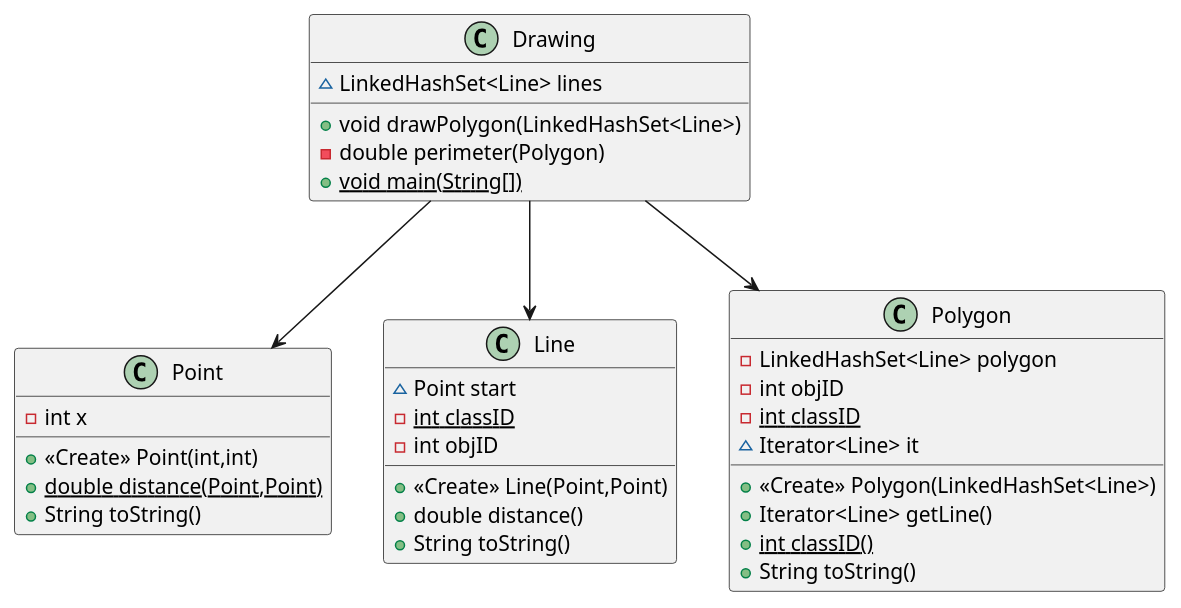
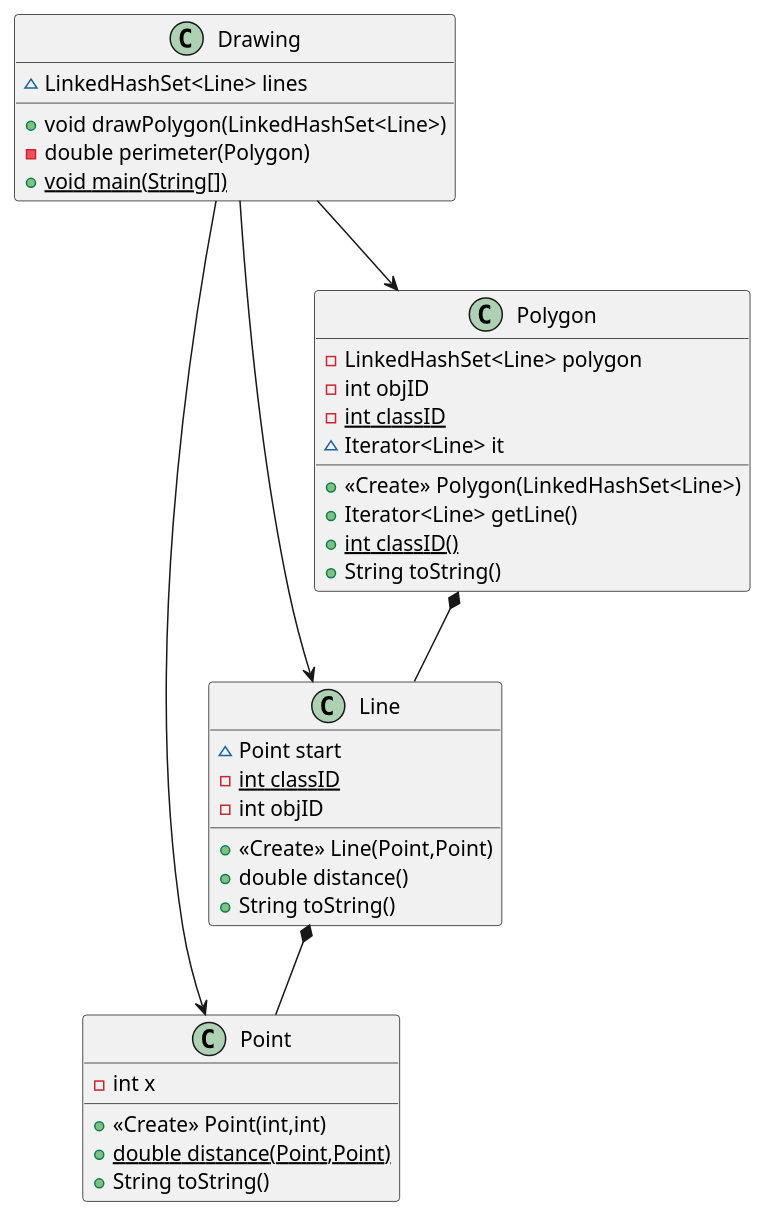
The diagram in Playground/Christian/Assignment 1/assignment1/drawing.puml (chvaldez10/MEng-Fall-Group), drawn with PlantUML before and after one commit. The commit also changed 10 other files, not shown here.

Commit message:
fixed uml diagram and added initial files

```diff
--- a/Playground/Christian/Assignment 1/assignment1/drawing.puml
+++ b/Playground/Christian/Assignment 1/assignment1/drawing.puml
@@ -1,36 +1,38 @@
 @startuml
     class Drawing {
         ~ LinkedHashSet<Line> lines
         + void drawPolygon(LinkedHashSet<Line>)
         - double perimeter(Polygon)
         + {static} void main(String[])
     }
     class Point {
         - int x
         + <<Create>> Point(int,int)
         + {static} double distance(Point,Point)
         + String toString()
     }
     class Line {
         ~ Point start
         - {static} int classID
         - int objID
         + <<Create>> Line(Point,Point)
         + double distance()
         + String toString()
     }
     class Polygon {
         - LinkedHashSet<Line> polygon
         - int objID
         - {static} int classID
         ~ Iterator<Line> it
         + <<Create>> Polygon(LinkedHashSet<Line>)
         + Iterator<Line> getLine()
         + {static} int classID()
         + String toString()
     }
 
     Drawing --> Line
     Drawing --> Polygon
     Drawing --> Point
+    Line *-- Point
+    Polygon *-- Line
 @enduml
```
